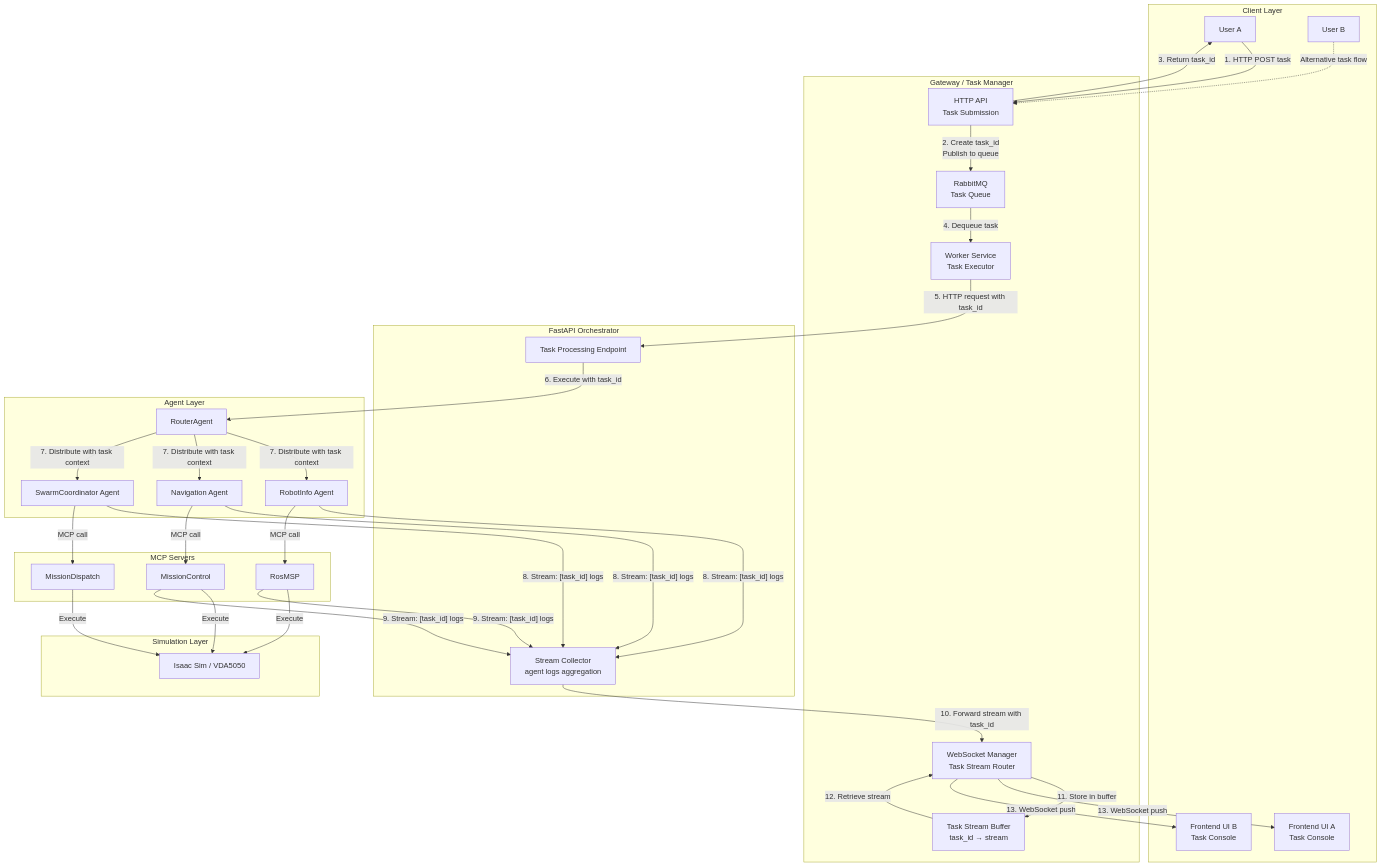
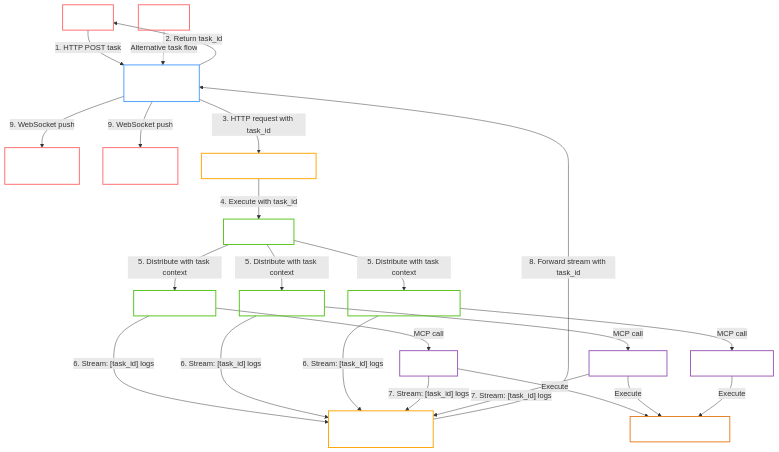
The diagram in README.md (deneal123/AgentsSwarm), drawn with Mermaid before and after one commit.

````diff
--- a/README.md
+++ b/README.md
@@ -9,76 +9,76 @@
 ```mermaid
 graph TB
-    subgraph Client["Client Layer"]
-        User1["User A"]
-        User2["User B"]
-        UI1["Frontend UI A<br/>Task Console"]
-        UI2["Frontend UI B<br/>Task Console"]
-    end
-
-    subgraph Gateway["Gateway / Task Manager"]
-        API["HTTP API<br/>Task Submission"]
-        RMQ["RabbitMQ<br/>Task Queue"]
-        Worker["Worker Service<br/>Task Executor"]
-        WSManager["WebSocket Manager<br/>Task Stream Router"]
-        TaskBuffer["Task Stream Buffer<br/>task_id → stream"]
-    end
-
-    subgraph Orchestrator["FastAPI Orchestrator"]
-        OrchestratorAPI["Task Processing Endpoint"]
-        StreamCollector["Stream Collector<br/>agent logs aggregation"]
-    end
-
-    subgraph Agents["Agent Layer"]
-        Router["RouterAgent"]
-        RobotInfo["RobotInfo Agent"]
-        Navigation["Navigation Agent"]
-        Swarm["SwarmCoordinator Agent"]
-    end
-
-    subgraph MCP["MCP Servers"]
-        RosMSP["RosMSP"]
-        MissionControl["MissionControl"]
-        MissionDispatch["MissionDispatch"]
-    end
-
-    subgraph Simulation["Simulation Layer"]
-        IsaacSim["Isaac Sim / VDA5050"]
-    end
-
-    User1 -->|"1. HTTP POST task"| API
-    API -->|"2. Create task_id<br/>Publish to queue"| RMQ
-    API -->|"3. Return task_id"| User1
+    User1["User A"]
+    User2["User B"]
+    UI1["Frontend UI A<br/>Task Console"]
+    UI2["Frontend UI B<br/>Task Console"]
     
-    RMQ -->|"4. Dequeue task"| Worker
-    Worker -->|"5. HTTP request with task_id"| OrchestratorAPI
+    Gateway["Gateway<br/>Task Manager"]
     
-    OrchestratorAPI -->|"6. Execute with task_id"| Router
-    Router -->|"7. Distribute with task context"| RobotInfo
-    Router -->|"7. Distribute with task context"| Navigation
-    Router -->|"7. Distribute with task context"| Swarm
+    OrchestratorAPI["Task Processing Endpoint"]
+    StreamCollector["Stream Collector<br/>agent logs aggregation"]
     
-    RobotInfo -->|"8. Stream: [task_id] logs"| StreamCollector
-    Navigation -->|"8. Stream: [task_id] logs"| StreamCollector
-    Swarm -->|"8. Stream: [task_id] logs"| StreamCollector
+    Router["RouterAgent"]
+    RobotInfo["RobotInfo Agent"]
+    Navigation["Navigation Agent"]
+    Swarm["SwarmCoordinator Agent"]
+    
+    RosMSP["RosMSP"]
+    MissionControl["MissionControl"]
+    MissionDispatch["MissionDispatch"]
+    
+    IsaacSim["Isaac Sim / VDA5050"]
+    
+    User1 -->|"1. HTTP POST task"| Gateway
+    Gateway -->|"2. Return task_id"| User1
+    
+    Gateway -->|"3. HTTP request with task_id"| OrchestratorAPI
+    
+    OrchestratorAPI -->|"4. Execute with task_id"| Router
+    Router -->|"5. Distribute with task context"| RobotInfo
+    Router -->|"5. Distribute with task context"| Navigation
+    Router -->|"5. Distribute with task context"| Swarm
+    
+    RobotInfo -->|"6. Stream: [task_id] logs"| StreamCollector
+    Navigation -->|"6. Stream: [task_id] logs"| StreamCollector
+    Swarm -->|"6. Stream: [task_id] logs"| StreamCollector
     
     RobotInfo -->|"MCP call"| RosMSP
     Navigation -->|"MCP call"| MissionControl
     Swarm -->|"MCP call"| MissionDispatch
     
     RosMSP -->|"Execute"| IsaacSim
     MissionControl -->|"Execute"| IsaacSim
     MissionDispatch -->|"Execute"| IsaacSim
     
-    RosMSP -->|"9. Stream: [task_id] logs"| StreamCollector
-    MissionControl -->|"9. Stream: [task_id] logs"| StreamCollector
+    RosMSP -->|"7. Stream: [task_id] logs"| StreamCollector
+    MissionControl -->|"7. Stream: [task_id] logs"| StreamCollector
     
-    StreamCollector -->|"10. Forward stream with task_id"| WSManager
+    StreamCollector -->|"8. Forward stream with task_id"| Gateway
     
-    WSManager -->|"11. Store in buffer"| TaskBuffer
-    TaskBuffer -->|"12. Retrieve stream"| WSManager
+    Gateway -->|"9. WebSocket push"| UI1
+    Gateway -->|"9. WebSocket push"| UI2
     
-    WSManager -->|"13. WebSocket push"| UI1
-    WSManager -->|"13. WebSocket push"| UI2
+    User2 -.->|"Alternative task flow"| Gateway
     
-    User2 -.->|"Alternative task flow"| API
+    style User1 fill:none,stroke:#ff6b6b,stroke-width:2px,color:#fff
+    style User2 fill:none,stroke:#ff6b6b,stroke-width:2px,color:#fff
+    style UI1 fill:none,stroke:#ff6b6b,stroke-width:2px,color:#fff
+    style UI2 fill:none,stroke:#ff6b6b,stroke-width:2px,color:#fff
+    
+    style Gateway fill:none,stroke:#4a9eff,stroke-width:2px,color:#fff
+    
+    style OrchestratorAPI fill:none,stroke:#ffa500,stroke-width:2px,color:#fff
+    style StreamCollector fill:none,stroke:#ffa500,stroke-width:2px,color:#fff
+    
+    style Router fill:none,stroke:#52c41a,stroke-width:2px,color:#fff
+    style RobotInfo fill:none,stroke:#52c41a,stroke-width:2px,color:#fff
+    style Navigation fill:none,stroke:#52c41a,stroke-width:2px,color:#fff
+    style Swarm fill:none,stroke:#52c41a,stroke-width:2px,color:#fff
+    
+    style RosMSP fill:none,stroke:#9b59b6,stroke-width:2px,color:#fff
+    style MissionControl fill:none,stroke:#9b59b6,stroke-width:2px,color:#fff
+    style MissionDispatch fill:none,stroke:#9b59b6,stroke-width:2px,color:#fff
+    
+    style IsaacSim fill:none,stroke:#e67e22,stroke-width:2px,color:#fff
 ```
````
